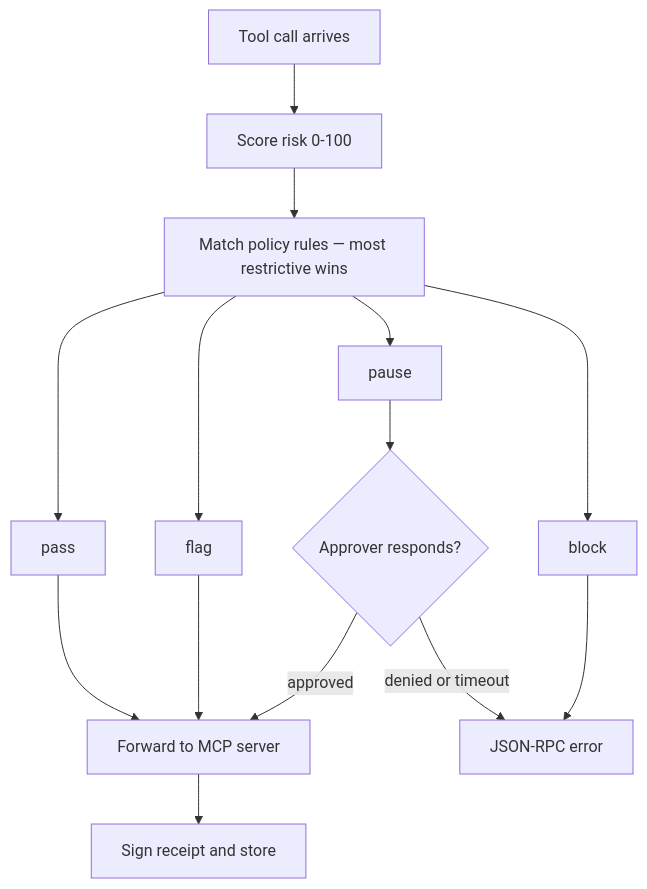
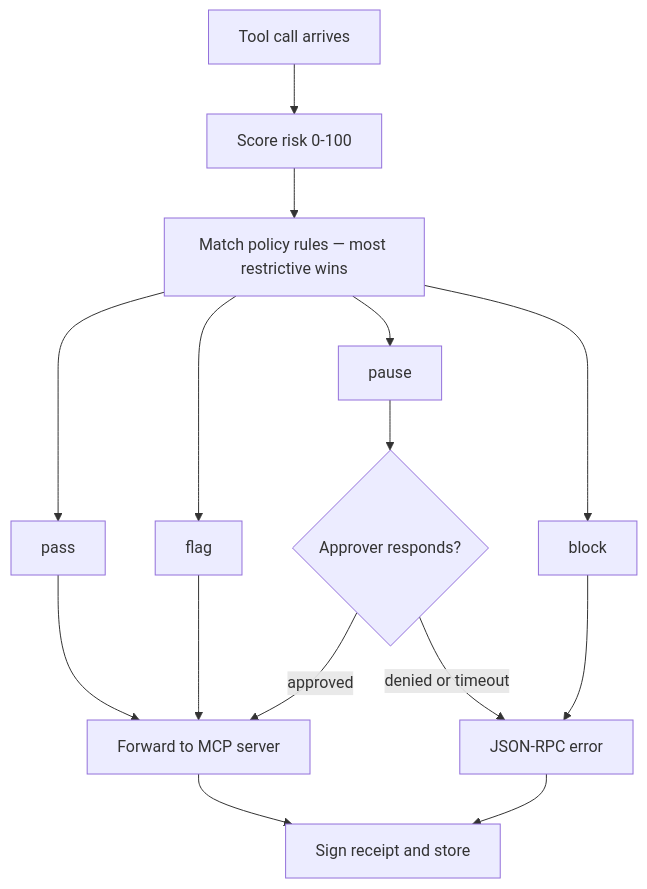
Before and after one commit to agent-receipts/ar: the diagram in site/src/content/docs/mcp-proxy/overview.mdx, drawn with Mermaid. The commit also changed 2 other files, not shown here.

Commit message:
docs(site): fix diagram issues per Copilot review on PR #400
receipt-chain-verification.mdx:
- Gap 3.2: delegation flowchart missing failure edge from resolve step;
  add 'not found' edge from B (resolve parent_chain_id) to unverifiable

mcp-proxy/overview.mdx:
- Gap 4.2: policy flowchart error path (block/denied/timeout) did not
  flow to 'Sign receipt and store'; proxy records a receipt for all
  outcomes; add edge from error node to receipt recording

mcp-proxy/approval-ui.mdx:
- Gap 5.1: path parameter was {id}, aligned with documented name
  {approval_id} used throughout the rest of the page

````diff
--- a/site/src/content/docs/mcp-proxy/overview.mdx
+++ b/site/src/content/docs/mcp-proxy/overview.mdx
@@ -31,12 +31,13 @@
 ```mermaid
 flowchart TD
   A[Tool call arrives] --> B[Score risk 0-100]
   B --> C[Match policy rules — most restrictive wins]
   C --> P[pass] --> W[Forward to MCP server]
   C --> FL[flag] --> W
   C --> PA[pause] --> AP{Approver responds?}
   AP -->|approved| W
   AP -->|denied or timeout| E[JSON-RPC error]
   C --> BL[block] --> E
   W --> R[Sign receipt and store]
+  E --> R
 ```
````
